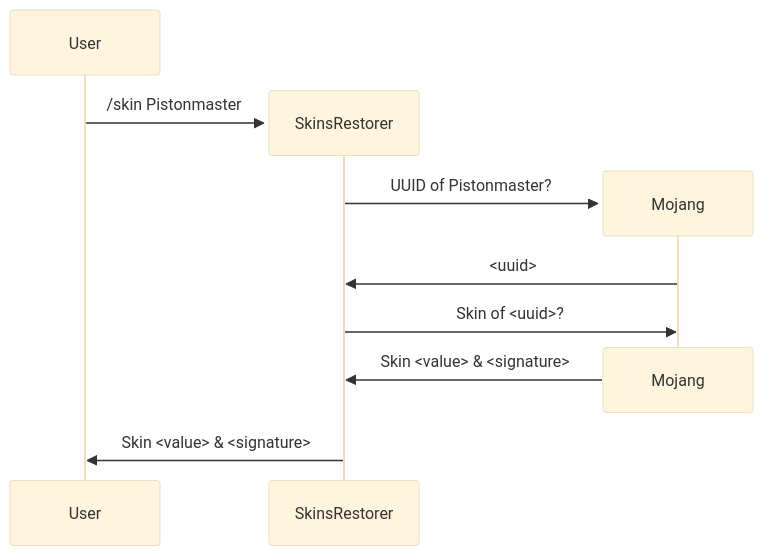
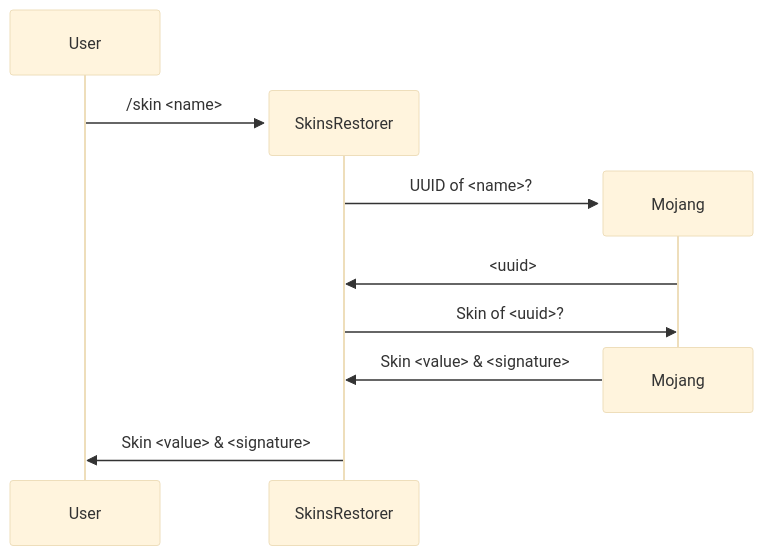
Before and after one commit to SkinsRestorer/skinsrestorer.net: the diagram in pages/docs/development/inner-workings.mdx, drawn with Mermaid (base theme). The commit also changed other lines of this file, not shown here.

Commit message:
Use arbitrary name

````diff
--- a/pages/docs/development/inner-workings.mdx
+++ b/pages/docs/development/inner-workings.mdx
@@ -34,13 +34,13 @@
 ```mermaid
 sequenceDiagram
     create participant U as User
     create participant SR as SkinsRestorer
-    U->>SR: /skin Pistonmaster
+    U->>SR: /skin <name>
     create participant M as Mojang
-    SR->>M: UUID of Pistonmaster?
+    SR->>M: UUID of <name>?
     M->>SR: <uuid>
     SR->>M: Skin of <uuid>?
     destroy M
     M->>SR: Skin <value> & <signature>
     SR->>U: Skin <value> & <signature>
 ```
````
